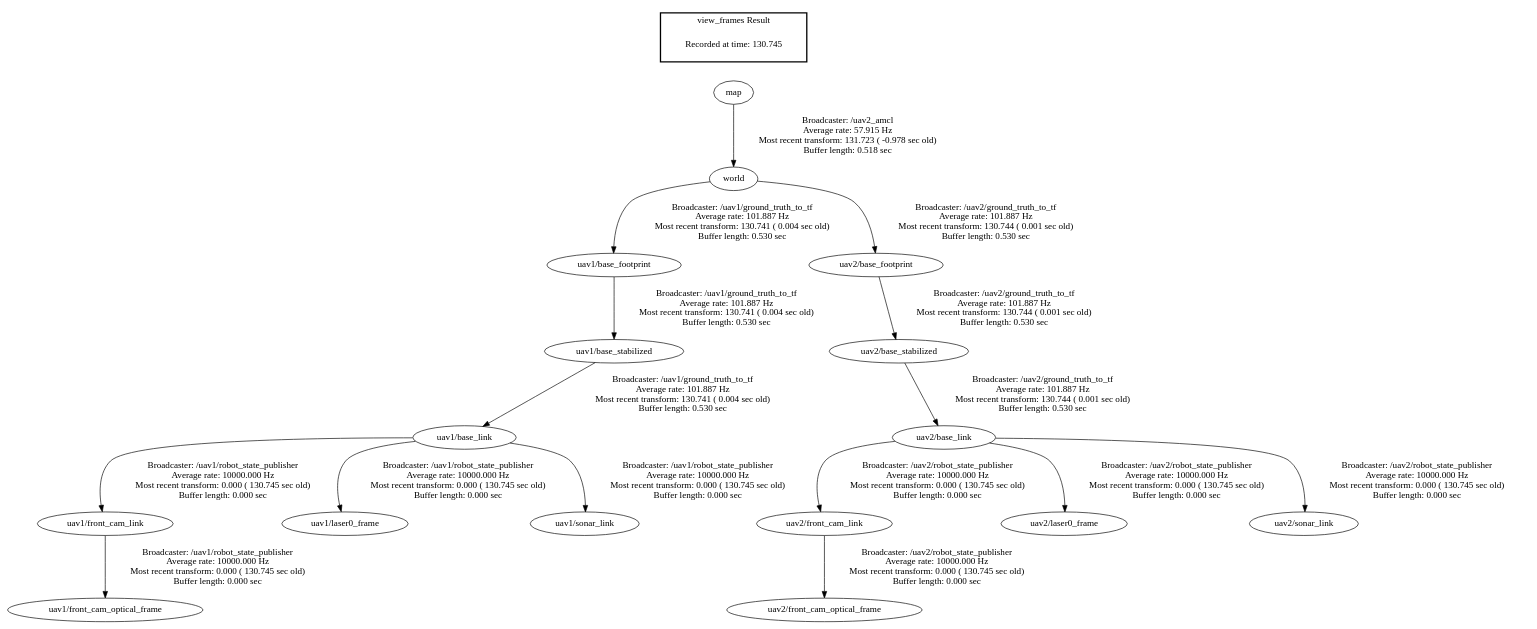
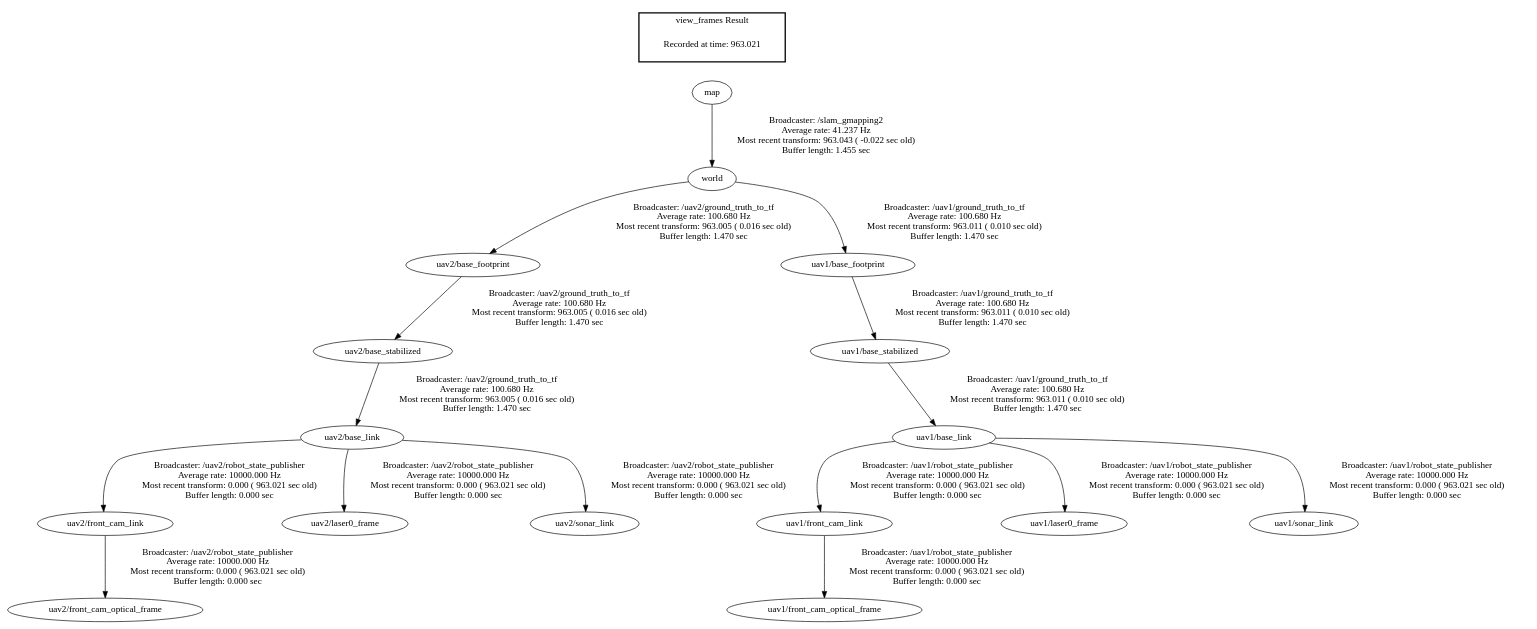
Before and after one commit to Brycexander/DroneSwarmSource: the diagram in frames.gv, drawn with Graphviz. The commit also changed 33 other files, not shown here.

```diff
--- a/frames.gv
+++ b/frames.gv
@@ -1,21 +1,21 @@
 digraph G {
-"uav1/base_link" -> "uav1/front_cam_link"[label="Broadcaster: /uav1/robot_state_publisher\nAverage rate: 10000.000 Hz\nMost recent transform: 0.000 ( 130.745 sec old)\nBuffer length: 0.000 sec\n"];
-"uav1/base_stabilized" -> "uav1/base_link"[label="Broadcaster: /uav1/ground_truth_to_tf\nAverage rate: 101.887 Hz\nMost recent transform: 130.741 ( 0.004 sec old)\nBuffer length: 0.530 sec\n"];
-"uav1/front_cam_link" -> "uav1/front_cam_optical_frame"[label="Broadcaster: /uav1/robot_state_publisher\nAverage rate: 10000.000 Hz\nMost recent transform: 0.000 ( 130.745 sec old)\nBuffer length: 0.000 sec\n"];
-"uav1/base_link" -> "uav1/laser0_frame"[label="Broadcaster: /uav1/robot_state_publisher\nAverage rate: 10000.000 Hz\nMost recent transform: 0.000 ( 130.745 sec old)\nBuffer length: 0.000 sec\n"];
-"uav1/base_link" -> "uav1/sonar_link"[label="Broadcaster: /uav1/robot_state_publisher\nAverage rate: 10000.000 Hz\nMost recent transform: 0.000 ( 130.745 sec old)\nBuffer length: 0.000 sec\n"];
-"uav2/base_link" -> "uav2/front_cam_link"[label="Broadcaster: /uav2/robot_state_publisher\nAverage rate: 10000.000 Hz\nMost recent transform: 0.000 ( 130.745 sec old)\nBuffer length: 0.000 sec\n"];
-"uav2/base_stabilized" -> "uav2/base_link"[label="Broadcaster: /uav2/ground_truth_to_tf\nAverage rate: 101.887 Hz\nMost recent transform: 130.744 ( 0.001 sec old)\nBuffer length: 0.530 sec\n"];
-"uav2/front_cam_link" -> "uav2/front_cam_optical_frame"[label="Broadcaster: /uav2/robot_state_publisher\nAverage rate: 10000.000 Hz\nMost recent transform: 0.000 ( 130.745 sec old)\nBuffer length: 0.000 sec\n"];
-"uav2/base_link" -> "uav2/laser0_frame"[label="Broadcaster: /uav2/robot_state_publisher\nAverage rate: 10000.000 Hz\nMost recent transform: 0.000 ( 130.745 sec old)\nBuffer length: 0.000 sec\n"];
-"uav2/base_link" -> "uav2/sonar_link"[label="Broadcaster: /uav2/robot_state_publisher\nAverage rate: 10000.000 Hz\nMost recent transform: 0.000 ( 130.745 sec old)\nBuffer length: 0.000 sec\n"];
-"world" -> "uav1/base_footprint"[label="Broadcaster: /uav1/ground_truth_to_tf\nAverage rate: 101.887 Hz\nMost recent transform: 130.741 ( 0.004 sec old)\nBuffer length: 0.530 sec\n"];
-"map" -> "world"[label="Broadcaster: /uav2_amcl\nAverage rate: 57.915 Hz\nMost recent transform: 131.723 ( -0.978 sec old)\nBuffer length: 0.518 sec\n"];
-"uav1/base_footprint" -> "uav1/base_stabilized"[label="Broadcaster: /uav1/ground_truth_to_tf\nAverage rate: 101.887 Hz\nMost recent transform: 130.741 ( 0.004 sec old)\nBuffer length: 0.530 sec\n"];
-"world" -> "uav2/base_footprint"[label="Broadcaster: /uav2/ground_truth_to_tf\nAverage rate: 101.887 Hz\nMost recent transform: 130.744 ( 0.001 sec old)\nBuffer length: 0.530 sec\n"];
-"uav2/base_footprint" -> "uav2/base_stabilized"[label="Broadcaster: /uav2/ground_truth_to_tf\nAverage rate: 101.887 Hz\nMost recent transform: 130.744 ( 0.001 sec old)\nBuffer length: 0.530 sec\n"];
+"uav1/base_link" -> "uav1/front_cam_link"[label="Broadcaster: /uav1/robot_state_publisher\nAverage rate: 10000.000 Hz\nMost recent transform: 0.000 ( 963.021 sec old)\nBuffer length: 0.000 sec\n"];
+"uav1/base_stabilized" -> "uav1/base_link"[label="Broadcaster: /uav1/ground_truth_to_tf\nAverage rate: 100.680 Hz\nMost recent transform: 963.011 ( 0.010 sec old)\nBuffer length: 1.470 sec\n"];
+"uav1/front_cam_link" -> "uav1/front_cam_optical_frame"[label="Broadcaster: /uav1/robot_state_publisher\nAverage rate: 10000.000 Hz\nMost recent transform: 0.000 ( 963.021 sec old)\nBuffer length: 0.000 sec\n"];
+"uav1/base_link" -> "uav1/laser0_frame"[label="Broadcaster: /uav1/robot_state_publisher\nAverage rate: 10000.000 Hz\nMost recent transform: 0.000 ( 963.021 sec old)\nBuffer length: 0.000 sec\n"];
+"uav1/base_link" -> "uav1/sonar_link"[label="Broadcaster: /uav1/robot_state_publisher\nAverage rate: 10000.000 Hz\nMost recent transform: 0.000 ( 963.021 sec old)\nBuffer length: 0.000 sec\n"];
+"uav2/base_link" -> "uav2/front_cam_link"[label="Broadcaster: /uav2/robot_state_publisher\nAverage rate: 10000.000 Hz\nMost recent transform: 0.000 ( 963.021 sec old)\nBuffer length: 0.000 sec\n"];
+"uav2/base_stabilized" -> "uav2/base_link"[label="Broadcaster: /uav2/ground_truth_to_tf\nAverage rate: 100.680 Hz\nMost recent transform: 963.005 ( 0.016 sec old)\nBuffer length: 1.470 sec\n"];
+"uav2/front_cam_link" -> "uav2/front_cam_optical_frame"[label="Broadcaster: /uav2/robot_state_publisher\nAverage rate: 10000.000 Hz\nMost recent transform: 0.000 ( 963.021 sec old)\nBuffer length: 0.000 sec\n"];
+"uav2/base_link" -> "uav2/laser0_frame"[label="Broadcaster: /uav2/robot_state_publisher\nAverage rate: 10000.000 Hz\nMost recent transform: 0.000 ( 963.021 sec old)\nBuffer length: 0.000 sec\n"];
+"uav2/base_link" -> "uav2/sonar_link"[label="Broadcaster: /uav2/robot_state_publisher\nAverage rate: 10000.000 Hz\nMost recent transform: 0.000 ( 963.021 sec old)\nBuffer length: 0.000 sec\n"];
+"world" -> "uav2/base_footprint"[label="Broadcaster: /uav2/ground_truth_to_tf\nAverage rate: 100.680 Hz\nMost recent transform: 963.005 ( 0.016 sec old)\nBuffer length: 1.470 sec\n"];
+"map" -> "world"[label="Broadcaster: /slam_gmapping2\nAverage rate: 41.237 Hz\nMost recent transform: 963.043 ( -0.022 sec old)\nBuffer length: 1.455 sec\n"];
+"uav2/base_footprint" -> "uav2/base_stabilized"[label="Broadcaster: /uav2/ground_truth_to_tf\nAverage rate: 100.680 Hz\nMost recent transform: 963.005 ( 0.016 sec old)\nBuffer length: 1.470 sec\n"];
+"world" -> "uav1/base_footprint"[label="Broadcaster: /uav1/ground_truth_to_tf\nAverage rate: 100.680 Hz\nMost recent transform: 963.011 ( 0.010 sec old)\nBuffer length: 1.470 sec\n"];
+"uav1/base_footprint" -> "uav1/base_stabilized"[label="Broadcaster: /uav1/ground_truth_to_tf\nAverage rate: 100.680 Hz\nMost recent transform: 963.011 ( 0.010 sec old)\nBuffer length: 1.470 sec\n"];
 edge [style=invis];
  subgraph cluster_legend { style=bold; color=black; label ="view_frames Result";
-"Recorded at time: 130.745"[ shape=plaintext ] ;
+"Recorded at time: 963.021"[ shape=plaintext ] ;
  }->"map";
 }
```
